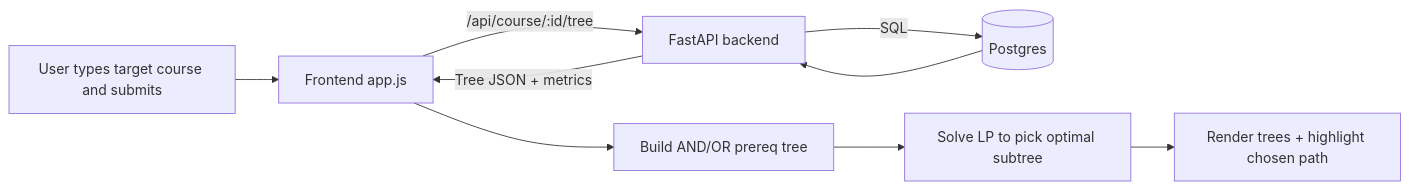
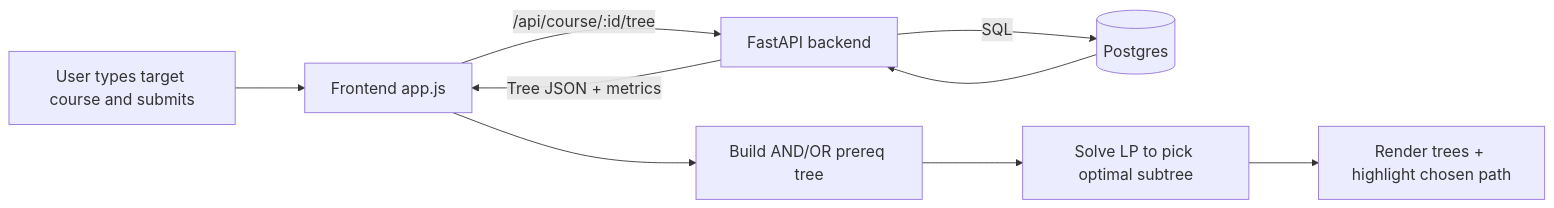
One commit to StevenShi998/UW_Course_SearchTree changed the first of 2 diagrams in README.md. Above: the diagram before and after it, drawn with Mermaid.

Commit message:
Docs: enlarge Mermaid flowchart via init config (spacing + font size)

````diff
--- a/README.md
+++ b/README.md
@@ -7,11 +7,12 @@
 ```mermaid
+%%{init: {'flowchart': {'nodeSpacing': 60, 'rankSpacing': 80}, 'themeVariables': {'fontSize': '18px'}}}%%
 flowchart LR
   U[User types target course and submits] --> F[Frontend app.js]
   F -->|/api/course/:id/tree| A[FastAPI backend]
   A -->|SQL| DB[(Postgres)]
   DB --> A
   A -->|Tree JSON + metrics| F
   F --> T[Build AND/OR prereq tree]
   T --> LP[Solve LP to pick optimal subtree]
   LP --> R[Render trees + highlight chosen path]
 ```
````
